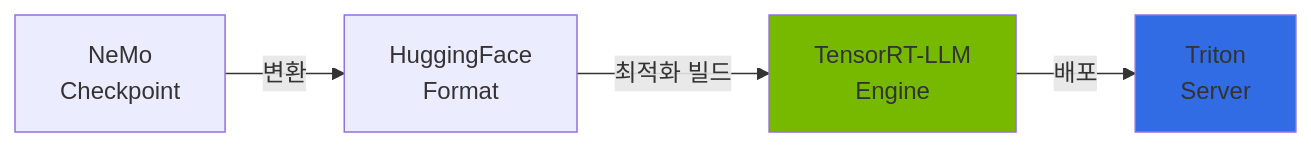
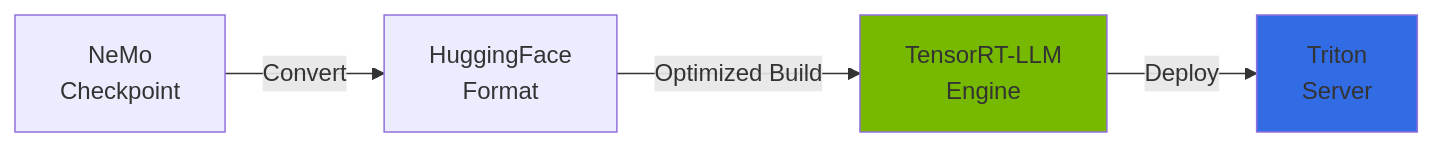
The third of 6 diagrams in docs/agentic-ai-platform/model-serving/inference-frameworks/nemo-framework.md (devfloor9/engineering-playbook), drawn with Mermaid before and after one commit. The commit also changed other lines of this file and 954 other files, not shown here.

````diff
--- a/docs/agentic-ai-platform/model-serving/inference-frameworks/nemo-framework.md
+++ b/docs/agentic-ai-platform/model-serving/inference-frameworks/nemo-framework.md
@@ -299,14 +295,14 @@
 ```mermaid
 flowchart LR
     NeMo[NeMo<br/>Checkpoint]
     HF[HuggingFace<br/>Format]
     TRT[TensorRT-LLM<br/>Engine]
     Triton[Triton<br/>Server]
 
-    NeMo -->|변환| HF
-    HF -->|최적화 빌드| TRT
-    TRT -->|배포| Triton
+    NeMo -->|Convert| HF
+    HF -->|Optimized Build| TRT
+    TRT -->|Deploy| Triton
 
     style TRT fill:#76b900
     style Triton fill:#326ce5
 ```
````
